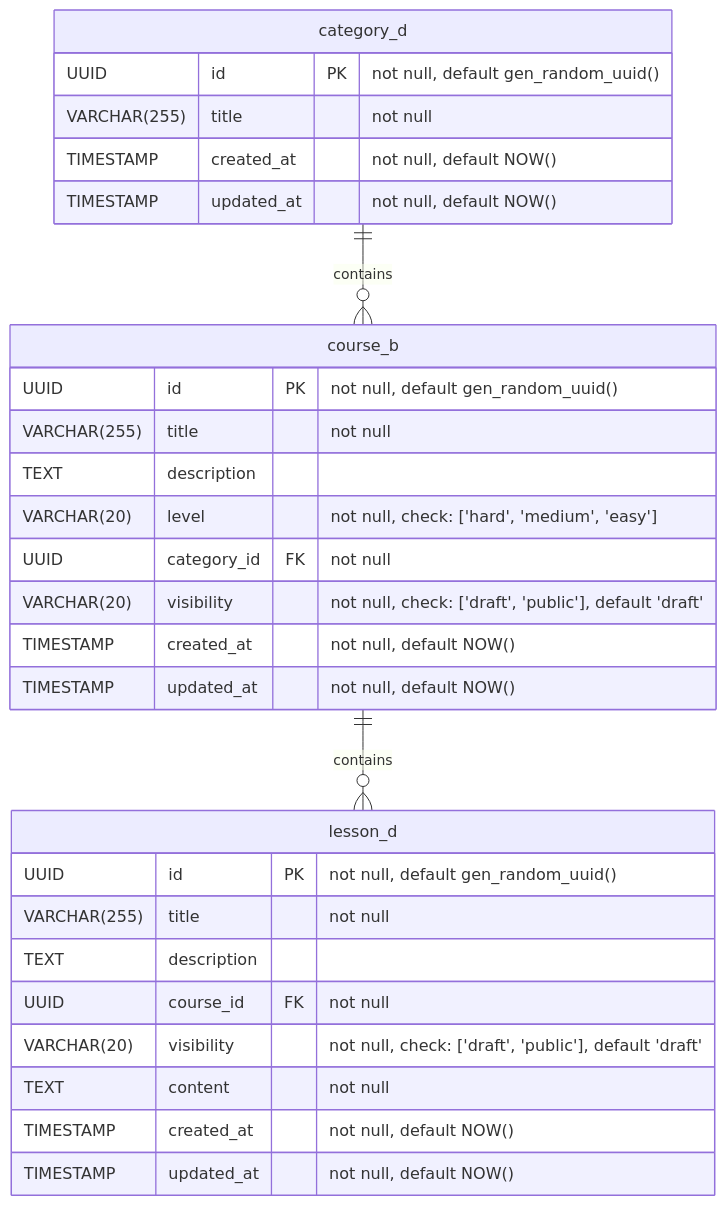
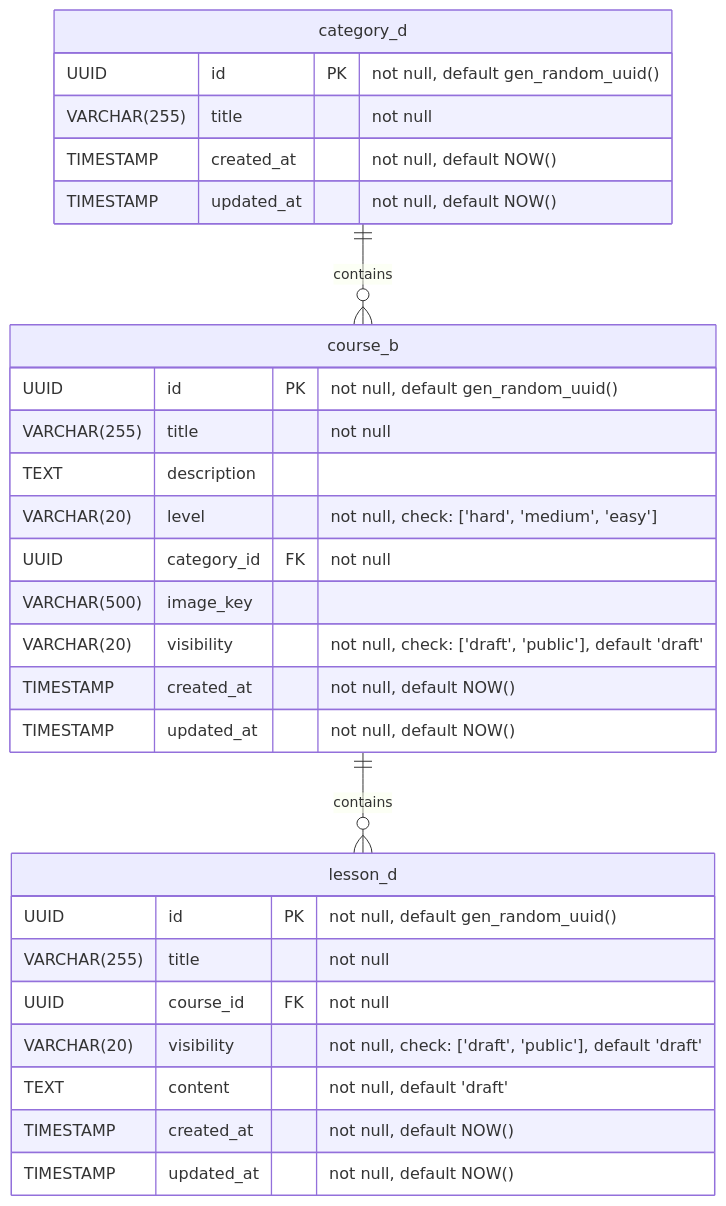
The diagram in docs/content/admin/diagrams/er.md (TaurineMerge/LMS_Tages), drawn with Mermaid before and after one commit. The commit also changed 123 other files, not shown here.

```diff
--- a/docs/content/admin/diagrams/er.md
+++ b/docs/content/admin/diagrams/er.md
@@ -7,33 +7,33 @@
 {{< mermaid >}}
 
 erDiagram
     category_d {
         UUID id PK "not null, default gen_random_uuid()"
         VARCHAR(255) title "not null"
         TIMESTAMP created_at "not null, default NOW()"
         TIMESTAMP updated_at "not null, default NOW()"
     }
     course_b {
         UUID id PK "not null, default gen_random_uuid()"
         VARCHAR(255) title "not null"
         TEXT description
         VARCHAR(20) level "not null, check: ['hard', 'medium', 'easy']"
         UUID category_id FK "not null"
+        VARCHAR(500) image_key
         VARCHAR(20) visibility "not null, check: ['draft', 'public'], default 'draft'"
         TIMESTAMP created_at "not null, default NOW()"
         TIMESTAMP updated_at "not null, default NOW()"
     }
     lesson_d {
         UUID id PK "not null, default gen_random_uuid()"
         VARCHAR(255) title "not null"
-        TEXT description
         UUID course_id FK "not null"
         VARCHAR(20) visibility "not null, check: ['draft', 'public'], default 'draft'"
-        TEXT content "not null"
+        TEXT content "not null, default 'draft'"
         TIMESTAMP created_at "not null, default NOW()"
         TIMESTAMP updated_at "not null, default NOW()"
     }
     category_d ||--o{ course_b : "contains"
     course_b   ||--o{ lesson_d : "contains"
 
 {{< /mermaid >}}
```
